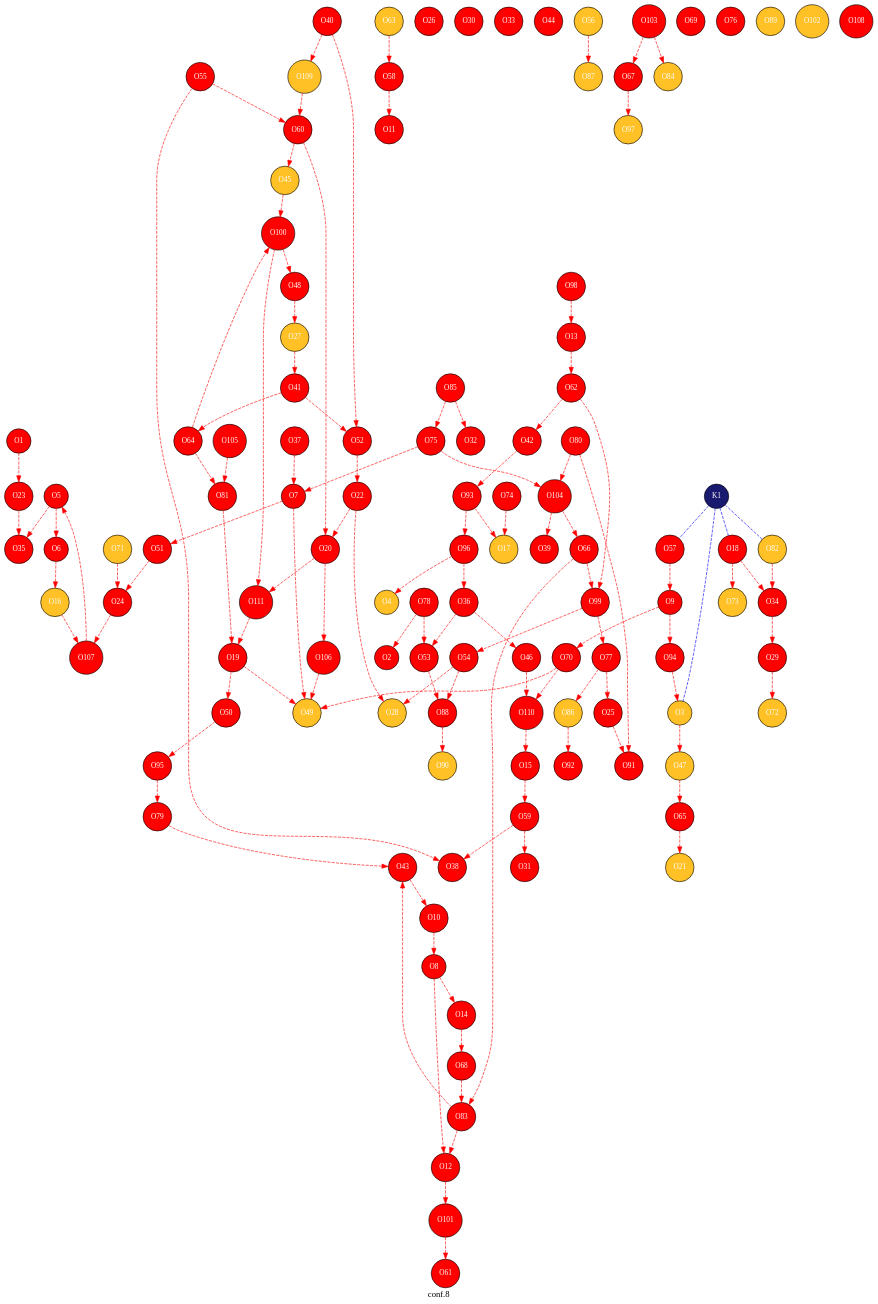
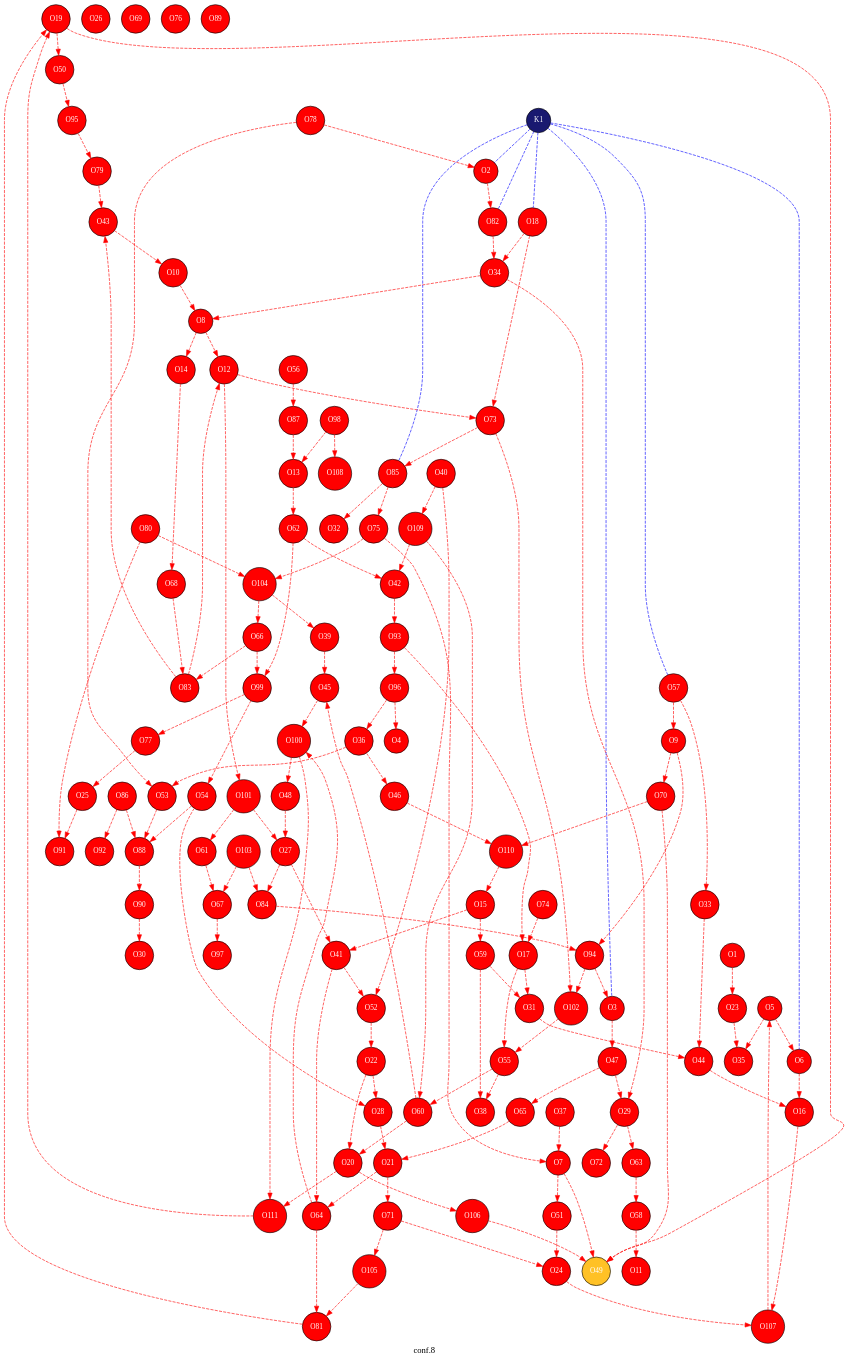
The diagram in 4-GATeWAY/copy_3/traj/traj_conf.gv (JelleLagerweij/short_test), drawn with Graphviz before and after one commit. The commit also changed 273 other files, not shown here.

```diff
--- a/4-GATeWAY/copy_3/traj/traj_conf.gv
+++ b/4-GATeWAY/copy_3/traj/traj_conf.gv
@@ -5,8 +5,8 @@
 node [shape = circle, fontsize=12];
 "O1"[fillcolor=red, fontcolor=white, fontname="Times", label="O1"];
 "O2"[fillcolor=red, fontcolor=white, fontname="Times", label="O2"];
-"O3"[fillcolor=goldenrod1, fontcolor=white, fontname="Times", label="O3"];
-"O4"[fillcolor=goldenrod1, fontcolor=white, fontname="Times", label="O4"];
+"O3"[fillcolor=red, fontcolor=white, fontname="Times", label="O3"];
+"O4"[fillcolor=red, fontcolor=white, fontname="Times", label="O4"];
 "O5"[fillcolor=red, fontcolor=white, fontname="Times", label="O5"];
 "O6"[fillcolor=red, fontcolor=white, fontname="Times", label="O6"];
 "O7"[fillcolor=red, fontcolor=white, fontname="Times", label="O7"];
@@ -18,19 +18,19 @@
 "O13"[fillcolor=red, fontcolor=white, fontname="Times", label="O13"];
 "O14"[fillcolor=red, fontcolor=white, fontname="Times", label="O14"];
 "O15"[fillcolor=red, fontcolor=white, fontname="Times", label="O15"];
-"O16"[fillcolor=goldenrod1, fontcolor=white, fontname="Times", label="O16"];
-"O17"[fillcolor=goldenrod1, fontcolor=white, fontname="Times", label="O17"];
+"O16"[fillcolor=red, fontcolor=white, fontname="Times", label="O16"];
+"O17"[fillcolor=red, fontcolor=white, fontname="Times", label="O17"];
 "O18"[fillcolor=red, fontcolor=white, fontname="Times", label="O18"];
 "O19"[fillcolor=red, fontcolor=white, fontname="Times", label="O19"];
 "O20"[fillcolor=red, fontcolor=white, fontname="Times", label="O20"];
-"O21"[fillcolor=goldenrod1, fontcolor=white, fontname="Times", label="O21"];
+"O21"[fillcolor=red, fontcolor=white, fontname="Times", label="O21"];
 "O22"[fillcolor=red, fontcolor=white, fontname="Times", label="O22"];
 "O23"[fillcolor=red, fontcolor=white, fontname="Times", label="O23"];
 "O24"[fillcolor=red, fontcolor=white, fontname="Times", label="O24"];
 "O25"[fillcolor=red, fontcolor=white, fontname="Times", label="O25"];
 "O26"[fillcolor=red, fontcolor=white, fontname="Times", label="O26"];
-"O27"[fillcolor=goldenrod1, fontcolor=white, fontname="Times", label="O27"];
-"O28"[fillcolor=goldenrod1, fontcolor=white, fontname="Times", label="O28"];
+"O27"[fillcolor=red, fontcolor=white, fontname="Times", label="O27"];
+"O28"[fillcolor=red, fontcolor=white, fontname="Times", label="O28"];
 "O29"[fillcolor=red, fontcolor=white, fontname="Times", label="O29"];
 "O30"[fillcolor=red, fontcolor=white, fontname="Times", label="O30"];
 "O31"[fillcolor=red, fontcolor=white, fontname="Times", label="O31"];
@@ -47,9 +47,9 @@
 "O42"[fillcolor=red, fontcolor=white, fontname="Times", label="O42"];
 "O43"[fillcolor=red, fontcolor=white, fontname="Times", label="O43"];
 "O44"[fillcolor=red, fontcolor=white, fontname="Times", label="O44"];
-"O45"[fillcolor=goldenrod1, fontcolor=white, fontname="Times", label="O45"];
+"O45"[fillcolor=red, fontcolor=white, fontname="Times", label="O45"];
 "O46"[fillcolor=red, fontcolor=white, fontname="Times", label="O46"];
-"O47"[fillcolor=goldenrod1, fontcolor=white, fontname="Times", label="O47"];
+"O47"[fillcolor=red, fontcolor=white, fontname="Times", label="O47"];
 "O48"[fillcolor=red, fontcolor=white, fontname="Times", label="O48"];
 "O49"[fillcolor=goldenrod1, fontcolor=white, fontname="Times", label="O49"];
 "O50"[fillcolor=red, fontcolor=white, fontname="Times", label="O50"];
@@ -58,14 +58,14 @@
 "O53"[fillcolor=red, fontcolor=white, fontname="Times", label="O53"];
 "O54"[fillcolor=red, fontcolor=white, fontname="Times", label="O54"];
 "O55"[fillcolor=red, fontcolor=white, fontname="Times", label="O55"];
-"O56"[fillcolor=goldenrod1, fontcolor=white, fontname="Times", label="O56"];
+"O56"[fillcolor=red, fontcolor=white, fontname="Times", label="O56"];
 "O57"[fillcolor=red, fontcolor=white, fontname="Times", label="O57"];
 "O58"[fillcolor=red, fontcolor=white, fontname="Times", label="O58"];
 "O59"[fillcolor=red, fontcolor=white, fontname="Times", label="O59"];
 "O60"[fillcolor=red, fontcolor=white, fontname="Times", label="O60"];
 "O61"[fillcolor=red, fontcolor=white, fontname="Times", label="O61"];
 "O62"[fillcolor=red, fontcolor=white, fontname="Times", label="O62"];
-"O63"[fillcolor=goldenrod1, fontcolor=white, fontname="Times", label="O63"];
+"O63"[fillcolor=red, fontcolor=white, fontname="Times", label="O63"];
 "O64"[fillcolor=red, fontcolor=white, fontname="Times", label="O64"];
 "O65"[fillcolor=red, fontcolor=white, fontname="Times", label="O65"];
 "O66"[fillcolor=red, fontcolor=white, fontname="Times", label="O66"];
@@ -73,9 +73,9 @@
 "O68"[fillcolor=red, fontcolor=white, fontname="Times", label="O68"];
 "O69"[fillcolor=red, fontcolor=white, fontname="Times", label="O69"];
 "O70"[fillcolor=red, fontcolor=white, fontname="Times", label="O70"];
-"O71"[fillcolor=goldenrod1, fontcolor=white, fontname="Times", label="O71"];
-"O72"[fillcolor=goldenrod1, fontcolor=white, fontname="Times", label="O72"];
-"O73"[fillcolor=goldenrod1, fontcolor=white, fontname="Times", label="O73"];
+"O71"[fillcolor=red, fontcolor=white, fontname="Times", label="O71"];
+"O72"[fillcolor=red, fontcolor=white, fontname="Times", label="O72"];
+"O73"[fillcolor=red, fontcolor=white, fontname="Times", label="O73"];
 "O74"[fillcolor=red, fontcolor=white, fontname="Times", label="O74"];
 "O75"[fillcolor=red, fontcolor=white, fontname="Times", label="O75"];
 "O76"[fillcolor=red, fontcolor=white, fontname="Times", label="O76"];
@@ -84,39 +84,40 @@
 "O79"[fillcolor=red, fontcolor=white, fontname="Times", label="O79"];
 "O80"[fillcolor=red, fontcolor=white, fontname="Times", label="O80"];
 "O81"[fillcolor=red, fontcolor=white, fontname="Times", label="O81"];
-"O82"[fillcolor=goldenrod1, fontcolor=white, fontname="Times", label="O82"];
+"O82"[fillcolor=red, fontcolor=white, fontname="Times", label="O82"];
 "O83"[fillcolor=red, fontcolor=white, fontname="Times", label="O83"];
-"O84"[fillcolor=goldenrod1, fontcolor=white, fontname="Times", label="O84"];
+"O84"[fillcolor=red, fontcolor=white, fontname="Times", label="O84"];
 "O85"[fillcolor=red, fontcolor=white, fontname="Times", label="O85"];
-"O86"[fillcolor=goldenrod1, fontcolor=white, fontname="Times", label="O86"];
-"O87"[fillcolor=goldenrod1, fontcolor=white, fontname="Times", label="O87"];
+"O86"[fillcolor=red, fontcolor=white, fontname="Times", label="O86"];
+"O87"[fillcolor=red, fontcolor=white, fontname="Times", label="O87"];
 "O88"[fillcolor=red, fontcolor=white, fontname="Times", label="O88"];
-"O89"[fillcolor=goldenrod1, fontcolor=white, fontname="Times", label="O89"];
-"O90"[fillcolor=goldenrod1, fontcolor=white, fontname="Times", label="O90"];
+"O89"[fillcolor=red, fontcolor=white, fontname="Times", label="O89"];
+"O90"[fillcolor=red, fontcolor=white, fontname="Times", label="O90"];
 "O91"[fillcolor=red, fontcolor=white, fontname="Times", label="O91"];
 "O92"[fillcolor=red, fontcolor=white, fontname="Times", label="O92"];
 "O93"[fillcolor=red, fontcolor=white, fontname="Times", label="O93"];
 "O94"[fillcolor=red, fontcolor=white, fontname="Times", label="O94"];
 "O95"[fillcolor=red, fontcolor=white, fontname="Times", label="O95"];
 "O96"[fillcolor=red, fontcolor=white, fontname="Times", label="O96"];
-"O97"[fillcolor=goldenrod1, fontcolor=white, fontname="Times", label="O97"];
+"O97"[fillcolor=red, fontcolor=white, fontname="Times", label="O97"];
 "O98"[fillcolor=red, fontcolor=white, fontname="Times", label="O98"];
 "O99"[fillcolor=red, fontcolor=white, fontname="Times", label="O99"];
 "O100"[fillcolor=red, fontcolor=white, fontname="Times", label="O100"];
 "O101"[fillcolor=red, fontcolor=white, fontname="Times", label="O101"];
-"O102"[fillcolor=goldenrod1, fontcolor=white, fontname="Times", label="O102"];
+"O102"[fillcolor=red, fontcolor=white, fontname="Times", label="O102"];
 "O103"[fillcolor=red, fontcolor=white, fontname="Times", label="O103"];
 "O104"[fillcolor=red, fontcolor=white, fontname="Times", label="O104"];
 "O105"[fillcolor=red, fontcolor=white, fontname="Times", label="O105"];
 "O106"[fillcolor=red, fontcolor=white, fontname="Times", label="O106"];
 "O107"[fillcolor=red, fontcolor=white, fontname="Times", label="O107"];
 "O108"[fillcolor=red, fontcolor=white, fontname="Times", label="O108"];
-"O109"[fillcolor=goldenrod1, fontcolor=white, fontname="Times", label="O109"];
+"O109"[fillcolor=red, fontcolor=white, fontname="Times", label="O109"];
 "O110"[fillcolor=red, fontcolor=white, fontname="Times", label="O110"];
 "O111"[fillcolor=red, fontcolor=white, fontname="Times", label="O111"];
 "K1"[fillcolor=midnightblue, fontcolor=white, fontname="Times", label="K1"];
 "O1"->"O23"[fontcolor=red, color=red , style=dashed];
 "O78"->"O2"[fontcolor=red, color=red , style=dashed];
+"O2"->"O82"[fontcolor=red, color=red , style=dashed];
 "O3"->"O47"[fontcolor=red, color=red , style=dashed];
 "O94"->"O3"[fontcolor=red, color=red , style=dashed];
 "O96"->"O4"[fontcolor=red, color=red , style=dashed];
@@ -131,19 +132,26 @@
 "O10"->"O8"[fontcolor=red, color=red , style=dashed];
 "O8"->"O12"[fontcolor=red, color=red , style=dashed];
 "O8"->"O14"[fontcolor=red, color=red , style=dashed];
+"O34"->"O8"[fontcolor=red, color=red , style=dashed];
 "O57"->"O9"[fontcolor=red, color=red , style=dashed];
 "O9"->"O70"[fontcolor=red, color=red , style=dashed];
 "O9"->"O94"[fontcolor=red, color=red , style=dashed];
 "O43"->"O10"[fontcolor=red, color=red , style=dashed];
 "O58"->"O11"[fontcolor=red, color=red , style=dashed];
+"O12"->"O73"[fontcolor=red, color=red , style=dashed];
 "O83"->"O12"[fontcolor=red, color=red , style=dashed];
 "O12"->"O101"[fontcolor=red, color=red , style=dashed];
 "O13"->"O62"[fontcolor=red, color=red , style=dashed];
+"O87"->"O13"[fontcolor=red, color=red , style=dashed];
 "O98"->"O13"[fontcolor=red, color=red , style=dashed];
 "O14"->"O68"[fontcolor=red, color=red , style=dashed];
+"O15"->"O41"[fontcolor=red, color=red , style=dashed];
 "O15"->"O59"[fontcolor=red, color=red , style=dashed];
 "O110"->"O15"[fontcolor=red, color=red , style=dashed];
+"O44"->"O16"[fontcolor=red, color=red , style=dashed];
 "O16"->"O107"[fontcolor=red, color=red , style=dashed];
+"O17"->"O31"[fontcolor=red, color=red , style=dashed];
+"O17"->"O55"[fontcolor=red, color=red , style=dashed];
 "O74"->"O17"[fontcolor=red, color=red , style=dashed];
 "O93"->"O17"[fontcolor=red, color=red , style=dashed];
 "O18"->"O34"[fontcolor=red, color=red , style=dashed];
@@ -156,7 +164,10 @@
 "O60"->"O20"[fontcolor=red, color=red , style=dashed];
 "O20"->"O106"[fontcolor=red, color=red , style=dashed];
 "O20"->"O111"[fontcolor=red, color=red , style=dashed];
+"O28"->"O21"[fontcolor=red, color=red , style=dashed];
+"O21"->"O64"[fontcolor=red, color=red , style=dashed];
 "O65"->"O21"[fontcolor=red, color=red , style=dashed];
+"O21"->"O71"[fontcolor=red, color=red , style=dashed];
 "O22"->"O28"[fontcolor=red, color=red , style=dashed];
 "O52"->"O22"[fontcolor=red, color=red , style=dashed];
 "O23"->"O35"[fontcolor=red, color=red , style=dashed];
@@ -167,17 +178,26 @@
 "O25"->"O91"[fontcolor=red, color=red , style=dashed];
 "O27"->"O41"[fontcolor=red, color=red , style=dashed];
 "O48"->"O27"[fontcolor=red, color=red , style=dashed];
+"O27"->"O84"[fontcolor=red, color=red , style=dashed];
+"O101"->"O27"[fontcolor=red, color=red , style=dashed];
 "O54"->"O28"[fontcolor=red, color=red , style=dashed];
 "O34"->"O29"[fontcolor=red, color=red , style=dashed];
+"O47"->"O29"[fontcolor=red, color=red , style=dashed];
+"O29"->"O63"[fontcolor=red, color=red , style=dashed];
 "O29"->"O72"[fontcolor=red, color=red , style=dashed];
+"O90"->"O30"[fontcolor=red, color=red , style=dashed];
+"O31"->"O44"[fontcolor=red, color=red , style=dashed];
 "O59"->"O31"[fontcolor=red, color=red , style=dashed];
 "O85"->"O32"[fontcolor=red, color=red , style=dashed];
+"O33"->"O44"[fontcolor=red, color=red , style=dashed];
+"O57"->"O33"[fontcolor=red, color=red , style=dashed];
 "O82"->"O34"[fontcolor=red, color=red , style=dashed];
 "O36"->"O46"[fontcolor=red, color=red , style=dashed];
 "O36"->"O53"[fontcolor=red, color=red , style=dashed];
 "O96"->"O36"[fontcolor=red, color=red , style=dashed];
 "O55"->"O38"[fontcolor=red, color=red , style=dashed];
 "O59"->"O38"[fontcolor=red, color=red , style=dashed];
+"O39"->"O45"[fontcolor=red, color=red , style=dashed];
 "O104"->"O39"[fontcolor=red, color=red , style=dashed];
 "O40"->"O52"[fontcolor=red, color=red , style=dashed];
 "O40"->"O109"[fontcolor=red, color=red , style=dashed];
@@ -185,6 +205,7 @@
 "O41"->"O64"[fontcolor=red, color=red , style=dashed];
 "O62"->"O42"[fontcolor=red, color=red , style=dashed];
 "O42"->"O93"[fontcolor=red, color=red , style=dashed];
+"O109"->"O42"[fontcolor=red, color=red , style=dashed];
 "O79"->"O43"[fontcolor=red, color=red , style=dashed];
 "O83"->"O43"[fontcolor=red, color=red , style=dashed];
 "O60"->"O45"[fontcolor=red, color=red , style=dashed];
@@ -200,9 +221,11 @@
 "O54"->"O88"[fontcolor=red, color=red , style=dashed];
 "O99"->"O54"[fontcolor=red, color=red , style=dashed];
 "O55"->"O60"[fontcolor=red, color=red , style=dashed];
+"O102"->"O55"[fontcolor=red, color=red , style=dashed];
 "O56"->"O87"[fontcolor=red, color=red , style=dashed];
 "O63"->"O58"[fontcolor=red, color=red , style=dashed];
 "O109"->"O60"[fontcolor=red, color=red , style=dashed];
+"O61"->"O67"[fontcolor=red, color=red , style=dashed];
 "O101"->"O61"[fontcolor=red, color=red , style=dashed];
 "O62"->"O99"[fontcolor=red, color=red , style=dashed];
 "O64"->"O81"[fontcolor=red, color=red , style=dashed];
@@ -214,21 +237,30 @@
 "O103"->"O67"[fontcolor=red, color=red , style=dashed];
 "O68"->"O83"[fontcolor=red, color=red , style=dashed];
 "O70"->"O110"[fontcolor=red, color=red , style=dashed];
+"O71"->"O105"[fontcolor=red, color=red , style=dashed];
+"O73"->"O85"[fontcolor=red, color=red , style=dashed];
+"O73"->"O102"[fontcolor=red, color=red , style=dashed];
 "O85"->"O75"[fontcolor=red, color=red , style=dashed];
 "O75"->"O104"[fontcolor=red, color=red , style=dashed];
-"O77"->"O86"[fontcolor=red, color=red , style=dashed];
 "O99"->"O77"[fontcolor=red, color=red , style=dashed];
 "O95"->"O79"[fontcolor=red, color=red , style=dashed];
 "O80"->"O91"[fontcolor=red, color=red , style=dashed];
 "O80"->"O104"[fontcolor=red, color=red , style=dashed];
 "O105"->"O81"[fontcolor=red, color=red , style=dashed];
+"O84"->"O94"[fontcolor=red, color=red , style=dashed];
 "O103"->"O84"[fontcolor=red, color=red , style=dashed];
+"O86"->"O88"[fontcolor=red, color=red , style=dashed];
 "O86"->"O92"[fontcolor=red, color=red , style=dashed];
 "O88"->"O90"[fontcolor=red, color=red , style=dashed];
 "O93"->"O96"[fontcolor=red, color=red , style=dashed];
+"O94"->"O102"[fontcolor=red, color=red , style=dashed];
+"O98"->"O108"[fontcolor=red, color=red , style=dashed];
 "O100"->"O111"[fontcolor=red, color=red , style=dashed];
+"K1"->"O2"[dir=none, color=blue, nodesep=0.5,style=dashed];
 "K1"->"O3"[dir=none, color=blue, nodesep=0.5,style=dashed];
+"K1"->"O6"[dir=none, color=blue, nodesep=0.5,style=dashed];
 "K1"->"O18"[dir=none, color=blue, nodesep=0.5,style=dashed];
 "K1"->"O57"[dir=none, color=blue, nodesep=0.5,style=dashed];
 "K1"->"O82"[dir=none, color=blue, nodesep=0.5,style=dashed];
+"K1"->"O85"[dir=none, color=blue, nodesep=0.5,style=dashed];
 }
```
